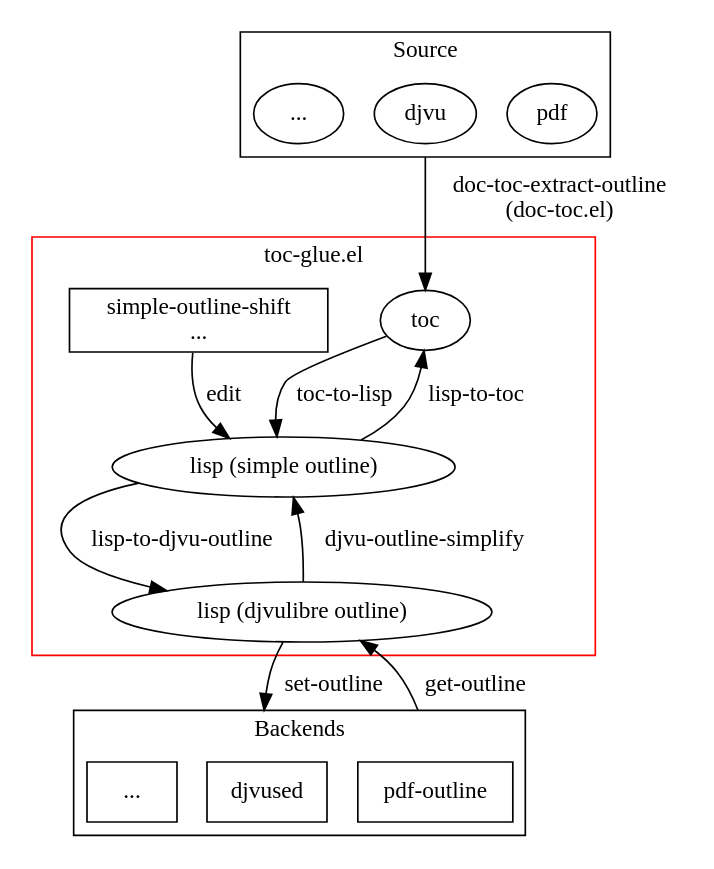
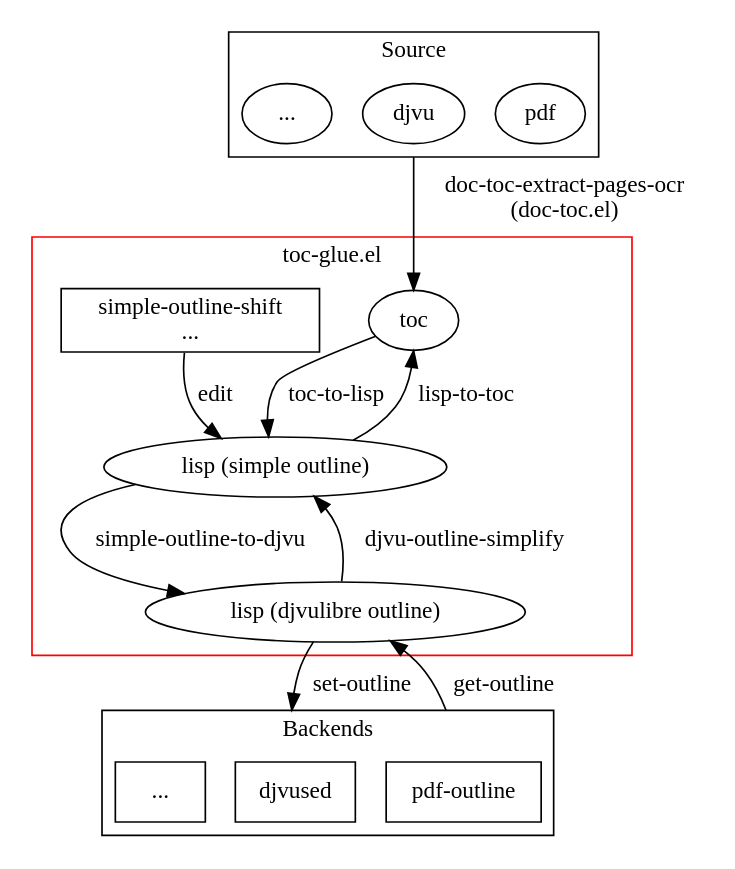
The diagram in architecture.dot (gynamics/toc-glue.el), drawn with Graphviz before and after one commit. The commit also changed 1 other file, not shown here.

Commit message:
Update dot graphs.

```diff
--- a/architecture.dot
+++ b/architecture.dot
@@ -1,32 +1,32 @@
 digraph lisp_solution {
     compound=true;
     subgraph cluster_0 {
         label="Source";
         pdf;
         djvu;
         others[label="..."];
     }
     subgraph cluster_1 {
         label="toc-glue.el"
         color="red"
         toc[label="toc"];
         lisp[label="lisp (simple outline)"];
         djvu_lisp[label="lisp (djvulibre outline)"];
         lisp_ed[label="simple-outline-shift\n...",shape="box"]
     }
     subgraph cluster_2 {
         label="Backends";
         djvu_backend[label="djvused",shape="box"];
         pdf_backend[label="pdf-outline",shape="box"];
         other_backend[label="...",shape="box"];
     }
 
-    djvu -> toc[label="doc-toc-extract-outline\n(doc-toc.el)",ltail=cluster_0];
+    djvu -> toc[label="doc-toc-extract-pages-ocr\n(doc-toc.el)",ltail=cluster_0];
     toc -> lisp [label="toc-to-lisp"];
     lisp -> toc [label="lisp-to-toc"];
     lisp_ed -> lisp [label="edit"];
     djvu_lisp -> lisp [label="djvu-outline-simplify"];
-    lisp -> djvu_lisp [label="lisp-to-djvu-outline"];
+    lisp -> djvu_lisp [label="simple-outline-to-djvu"];
     djvu_lisp -> djvu_backend [label="set-outline", lhead=cluster_2];
     pdf_backend -> djvu_lisp [label="get-outline", ltail=cluster_2];
  }
```
